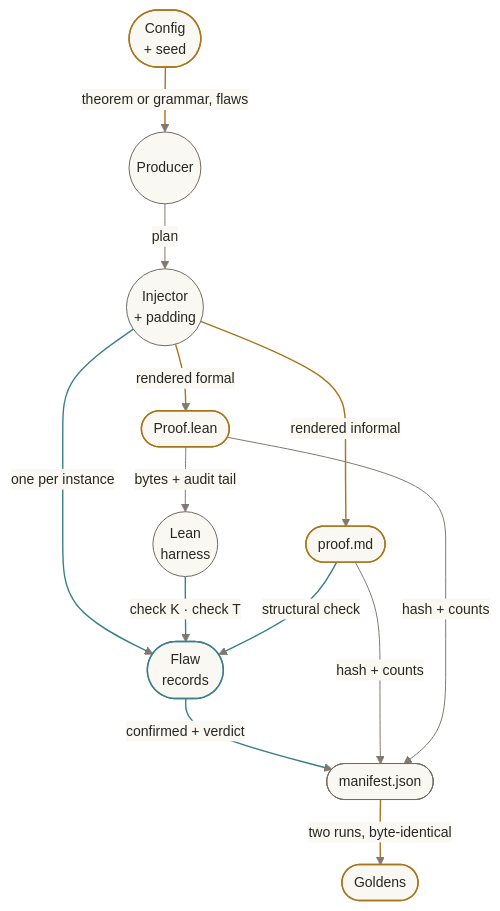
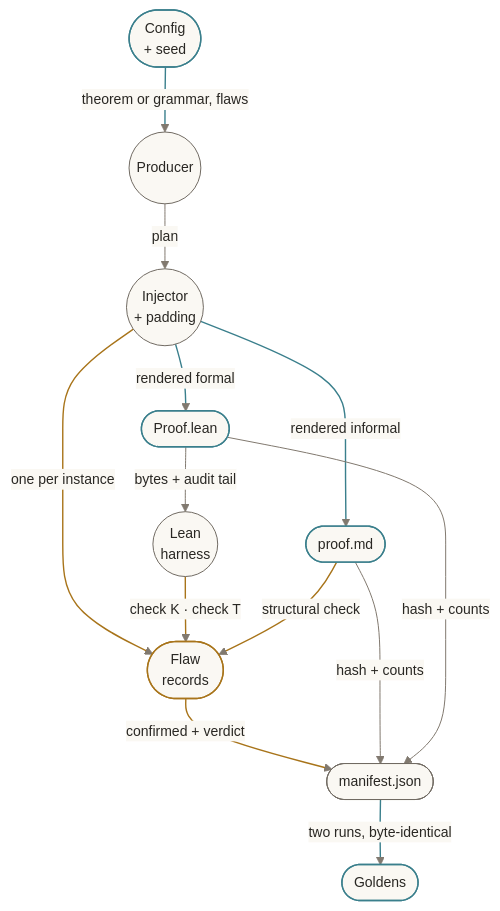
The second of 5 diagrams in README.md (Quigles1337/Syndeom), drawn with Mermaid before and after one commit. The commit also changed other lines of this file, not shown here.

First line of the commit message:
[S2][INFRA] README: gate after record in the governance loop; teal for artifacts, ochre for truth

````diff
--- a/README.md
+++ b/README.md
@@ -146,23 +146,23 @@
 ```mermaid
 %%{init: {"theme":"base","themeVariables":{"fontFamily":"Georgia, serif","fontSize":"14px","primaryColor":"#faf8f3","primaryTextColor":"#292723","primaryBorderColor":"#716b63","lineColor":"#81796f","edgeLabelBackground":"#faf8f3"},"flowchart":{"curve":"basis","nodeSpacing":36,"rankSpacing":44,"htmlLabels":true}}}%%
 flowchart TB
     accTitle: S2 production of one informal-formal pair
     accDescr: A full configuration and a seed enter a producer, s2_template or s2_grammar, which builds a plan. The flaw injector and the padding module rewrite it, writing one ground-truth record per flaw instance, and it is rendered as proof.md and Proof.lean. The Lean harness compiles the formal file one process at a time, and its first error line and axiom and usage listing confirm or refute the formal records; a structural check confirms the informal ones. The manifest takes both files' hashes and counts, the confirmed records and the fidelity verdict. Goldens are outputs of two production runs compared byte for byte.
-    classDef artifact fill:#faf8f3,stroke:#a8741a,color:#292723,stroke-width:1.4px;
-    classDef truth fill:#faf8f3,stroke:#3a7f8c,color:#292723,stroke-width:1.4px;
+    classDef artifact fill:#faf8f3,stroke:#3a7f8c,color:#292723,stroke-width:1.4px;
+    classDef truth fill:#faf8f3,stroke:#a8741a,color:#292723,stroke-width:1.4px;
     C(["Config<br/>+ seed"]):::artifact -->|"theorem or grammar, flaws"| P(("Producer"))
     P -->|"plan"| J(("Injector<br/>+ padding"))
     J -->|"rendered informal"| MD(["proof.md"]):::artifact
     J -->|"rendered formal"| LN(["Proof.lean"]):::artifact
     J -->|"one per instance"| R(["Flaw<br/>records"]):::truth
     LN -->|"bytes + audit tail"| H(("Lean<br/>harness"))
     H -->|"check K · check T"| R
     MD -->|"structural check"| R
     R -->|"confirmed + verdict"| M(["manifest.json"])
     MD -->|"hash + counts"| M
     LN -->|"hash + counts"| M
     M -->|"two runs, byte-identical"| G(["Goldens"]):::artifact
     linkStyle default stroke:#81796f,stroke-width:1px;
-    linkStyle 0,2,3,11 stroke:#a8741a,stroke-width:1.4px;
-    linkStyle 4,6,7,8 stroke:#3a7f8c,stroke-width:1.4px;
+    linkStyle 0,2,3,11 stroke:#3a7f8c,stroke-width:1.4px;
+    linkStyle 4,6,7,8 stroke:#a8741a,stroke-width:1.4px;
 ```
````
